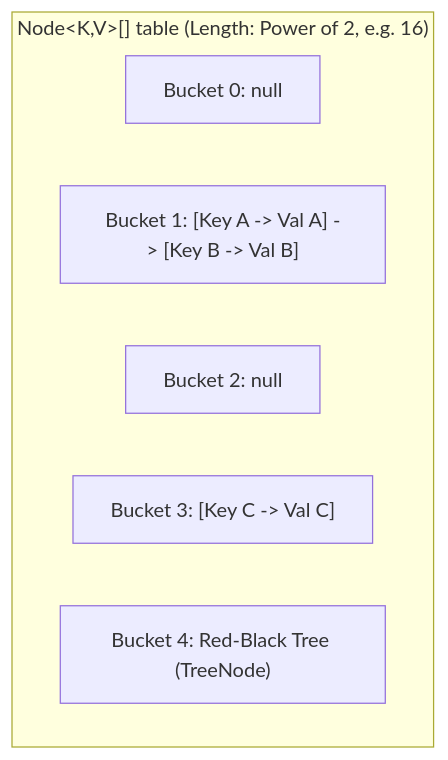
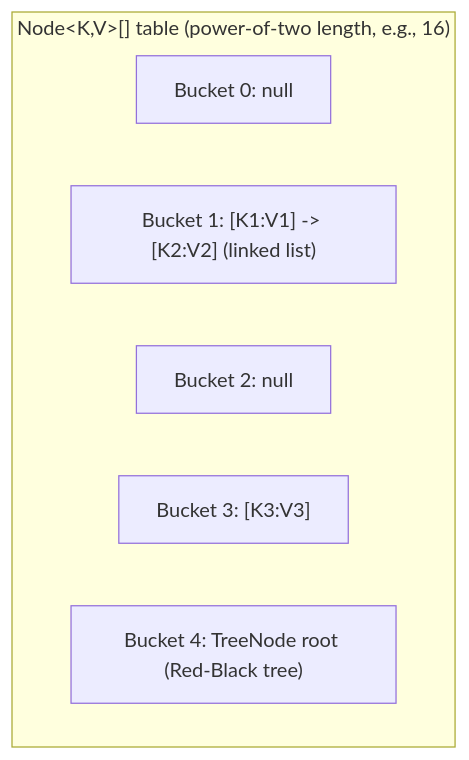
The first of 3 diagrams in content/roadmap/level-3/the-collections-framework-maps.md (ravishankar2463/java_hub), drawn with Mermaid before and after one commit. The commit also changed other lines of this file and 119 other files, not shown here.

Commit message:
feat: add comprehensive java learning roadmap content across multiple levels

````diff
--- a/content/roadmap/level-3/the-collections-framework-maps.md
+++ b/content/roadmap/level-3/the-collections-framework-maps.md
@@ -44,10 +42,10 @@
 ```mermaid
 flowchart TD
-    subgraph BucketArray ["Node&lt;K,V&gt;[] table (Length: Power of 2, e.g. 16)"]
-        B0["Bucket 0: null"]
-        B1["Bucket 1: [Key A -> Val A] -> [Key B -> Val B]"]
-        B2["Bucket 2: null"]
-        B3["Bucket 3: [Key C -> Val C]"]
-        B4["Bucket 4: Red-Black Tree (TreeNode)"]
+    subgraph Table["Node&lt;K,V&gt;[] table (power-of-two length, e.g., 16)"]
+        b0["Bucket 0: null"]
+        b1["Bucket 1: [K1:V1] -> [K2:V2] (linked list)"]
+        b2["Bucket 2: null"]
+        b3["Bucket 3: [K3:V3]"]
+        b4["Bucket 4: TreeNode root (Red-Black tree)"]
     end
 ```
````
